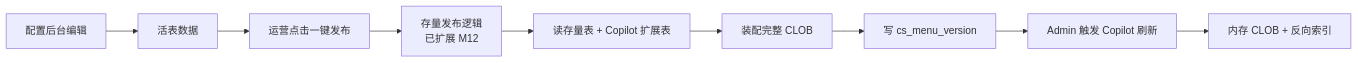
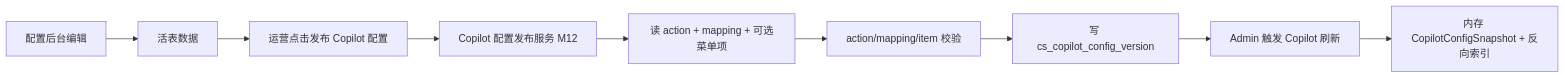
One commit to qzz617/copilot changed the fourth of 24 diagrams in cs-copilot-service/docs/dd-v1.2.md. Above: the diagram before and after it, drawn with Mermaid. The commit also changed other lines of this file and 24 other files, not shown here.

Commit message:
Align copilot action config schema

````diff
--- a/cs-copilot-service/docs/dd-v1.2.md
+++ b/cs-copilot-service/docs/dd-v1.2.md
@@ -426,11 +428,11 @@
 ```mermaid
 flowchart LR
     A[配置后台编辑] --> B[活表数据]
-    B --> C[运营点击一键发布]
-    C --> D[存量发布逻辑<br/>已扩展 M12]
-    D --> E[读存量表 + Copilot 扩展表]
-    E --> F[装配完整 CLOB]
-    F --> G[写 cs_menu_version]
+    B --> C[运营点击发布 Copilot 配置]
+    C --> D[Copilot 配置发布服务 M12]
+    D --> E[读 action + mapping + 可选菜单项]
+    E --> F[action/mapping/item 校验]
+    F --> G[写 cs_copilot_config_version]
     G --> H[Admin 触发 Copilot 刷新]
-    H --> I[内存 CLOB + 反向索引]
+    H --> I[内存 CopilotConfigSnapshot + 反向索引]
 ```
````
